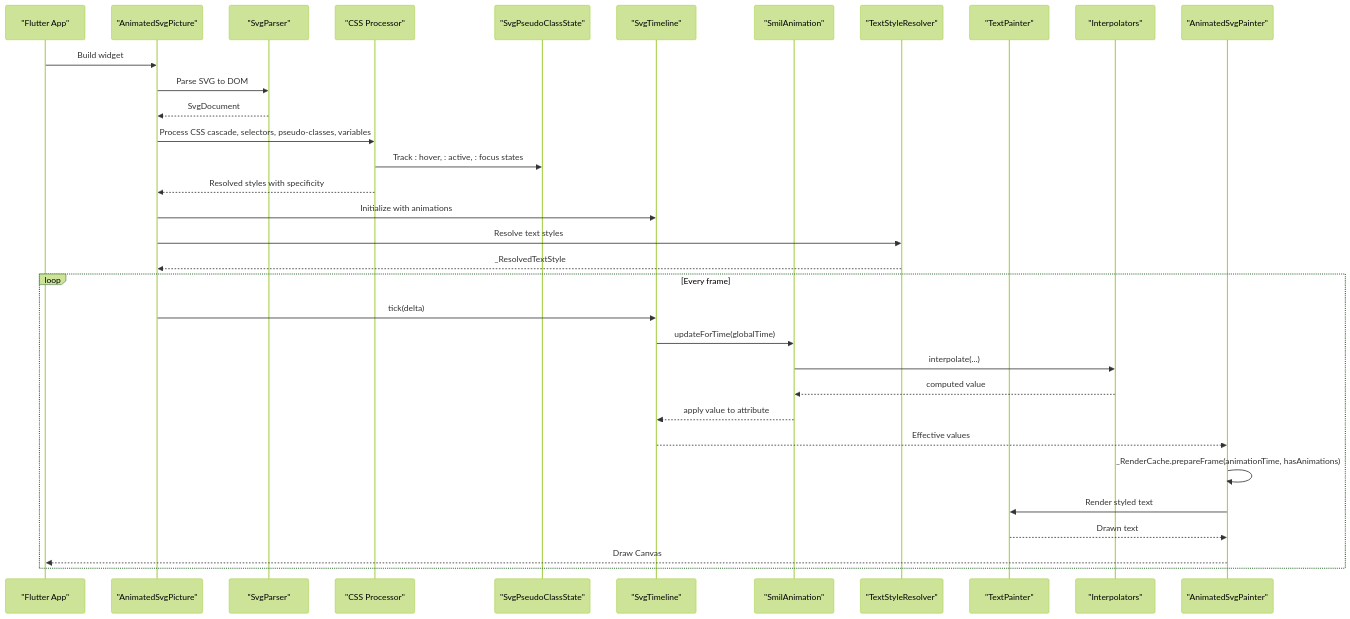
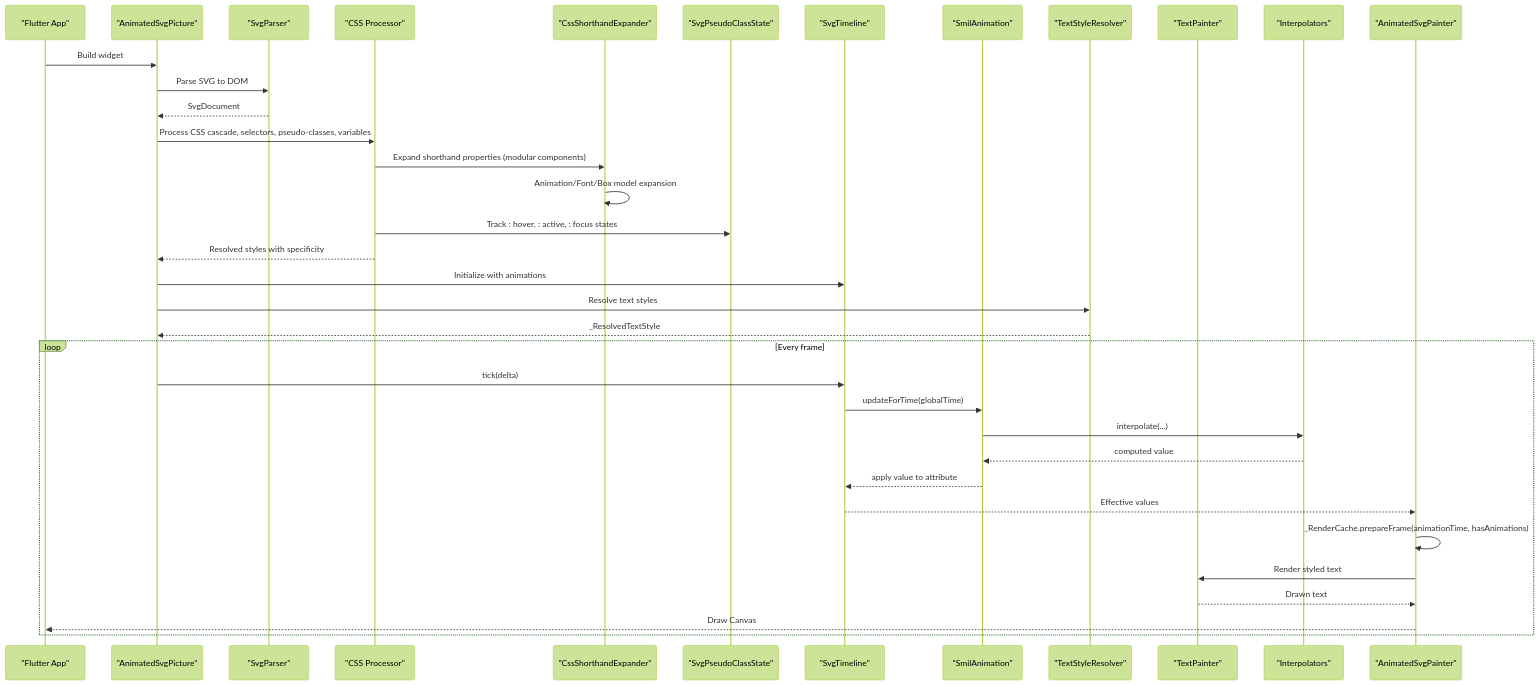
Before and after one commit to denisnadey/flutter_full_svg_support: the second of 17 diagrams in .qoder/repowiki/en/content/Animated SVG Support/Advanced Animation Features/Advanced Animation Features.md, drawn with Mermaid (forest theme). The commit also changed other lines of this file and 18 other files, not shown here.

First line of the commit message:
refactor(animation): restructure text styling into modular components

````diff
--- a/.qoder/repowiki/en/content/Animated SVG Support/Advanced Animation Features/Advanced Animation Features.md
+++ b/.qoder/repowiki/en/content/Animated SVG Support/Advanced Animation Features/Advanced Animation Features.md
@@ -260,35 +281,38 @@
 ```mermaid
 sequenceDiagram
 participant App as "Flutter App"
 participant Picture as "AnimatedSvgPicture"
 participant Parser as "SvgParser"
 participant CssProcessor as "CSS Processor"
+participant ShorthandExpander as "CssShorthandExpander"
 participant PseudoState as "SvgPseudoClassState"
 participant Timeline as "SvgTimeline"
 participant Anim as "SmilAnimation"
 participant TextStyle as "TextStyleResolver"
 participant TextPaint as "TextPainter"
 participant Interp as "Interpolators"
 participant Renderer as "AnimatedSvgPainter"
 App->>Picture : Build widget
 Picture->>Parser : Parse SVG to DOM
 Parser-->>Picture : SvgDocument
 Picture->>CssProcessor : Process CSS cascade, selectors, pseudo-classes, variables
+CssProcessor->>ShorthandExpander : Expand shorthand properties (modular components)
+ShorthandExpander->>ShorthandExpander : Animation/Font/Box model expansion
 CssProcessor->>PseudoState : Track : hover, : active, : focus states
 CssProcessor-->>Picture : Resolved styles with specificity
 Picture->>Timeline : Initialize with animations
 Picture->>TextStyle : Resolve text styles
 TextStyle-->>Picture : _ResolvedTextStyle
 loop Every frame
 Picture->>Timeline : tick(delta)
 Timeline->>Anim : updateForTime(globalTime)
 Anim->>Interp : interpolate(...)
 Interp-->>Anim : computed value
 Anim-->>Timeline : apply value to attribute
 Timeline-->>Renderer : Effective values
 Renderer->>Renderer : _RenderCache.prepareFrame(animationTime, hasAnimations)
 Renderer->>TextPaint : Render styled text
 TextPaint-->>Renderer : Drawn text
 Renderer-->>App : Draw Canvas
 end
 ```
````
